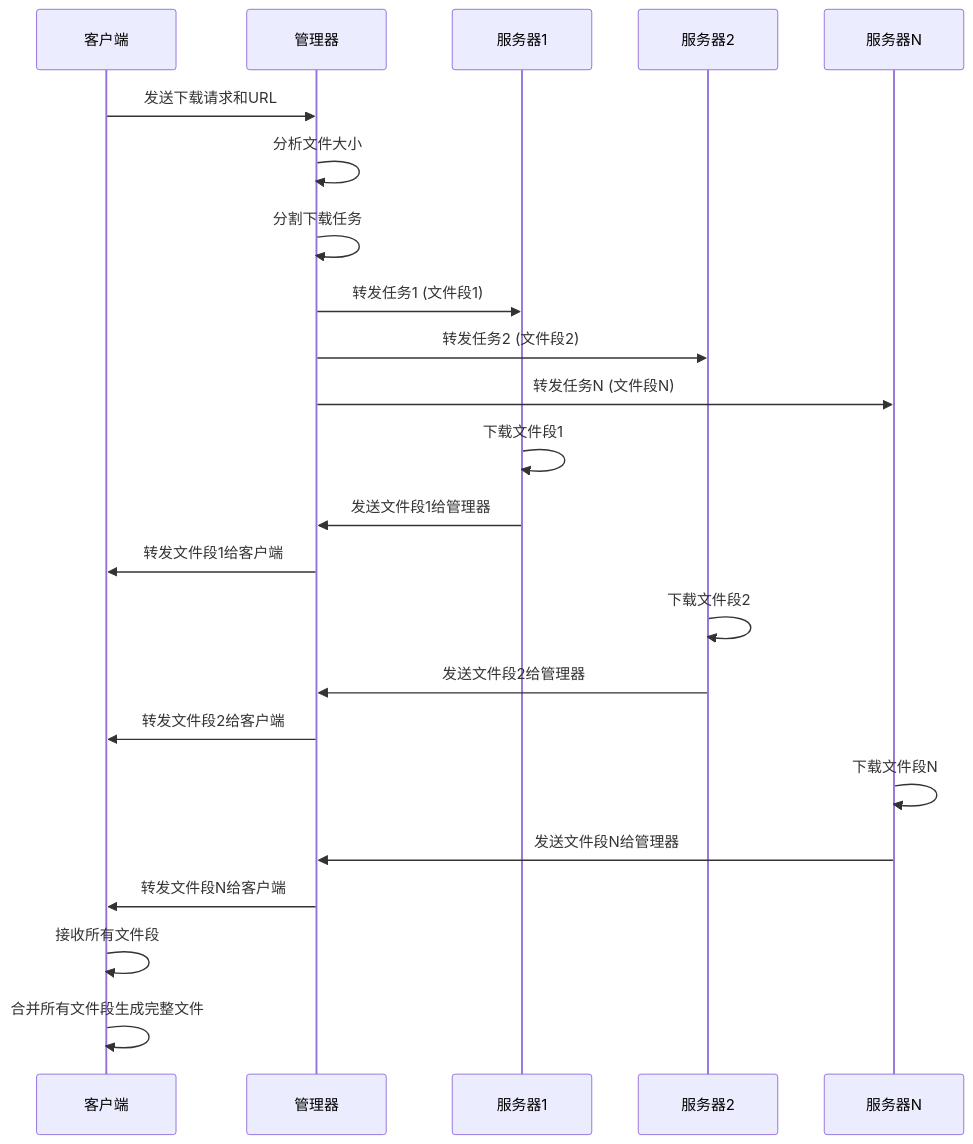
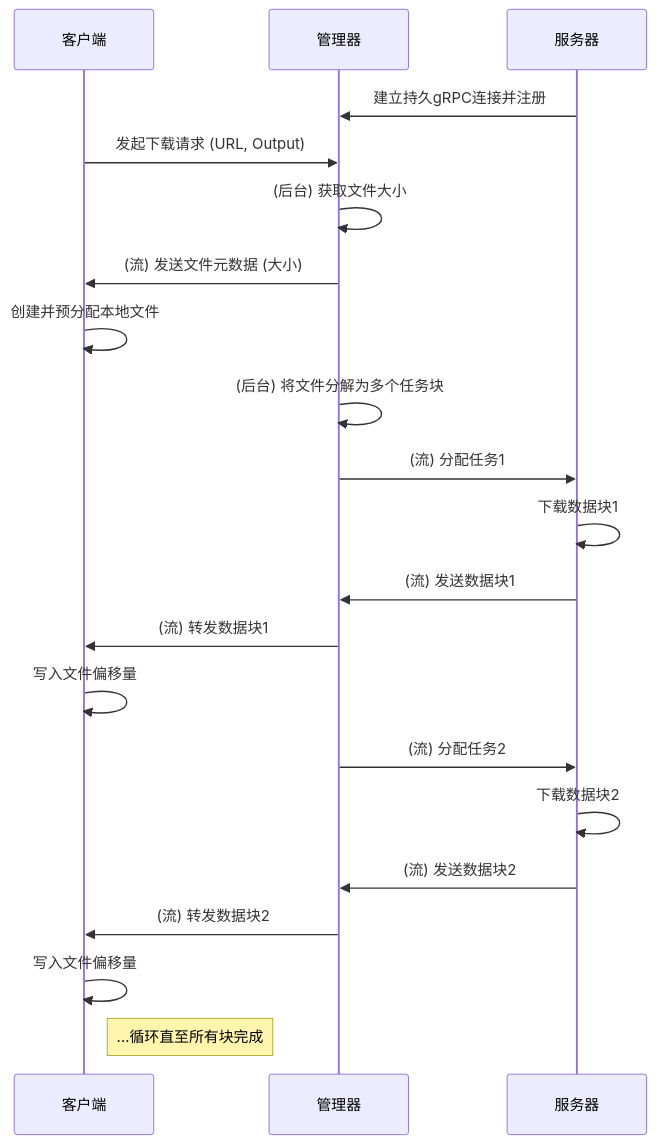
One commit to mailbyms/distributed-downloader changed the diagram in README.md. Above: the diagram before and after it, drawn with Mermaid. The commit also changed other lines of this file and 41 other files, not shown here.

````diff
--- a/README.md
+++ b/README.md
@@ -46,30 +45,24 @@
 ```mermaid
 sequenceDiagram
     participant C as 客户端
     participant M as 管理器
-    participant S1 as 服务器1
-    participant S2 as 服务器2
-    participant S3 as 服务器N
+    participant S as 服务器
 
-    C->>M: 发送下载请求和URL
-    M->>M: 分析文件大小
-    M->>M: 分割下载任务
-    M->>S1: 转发任务1 (文件段1)
-    M->>S2: 转发任务2 (文件段2)
-    M->>S3: 转发任务N (文件段N)
-
-    S1->>S1: 下载文件段1
-    S1->>M: 发送文件段1给管理器
-    M->>C: 转发文件段1给客户端
-
-    S2->>S2: 下载文件段2
-    S2->>M: 发送文件段2给管理器
-    M->>C: 转发文件段2给客户端
-
-    S3->>S3: 下载文件段N
-    S3->>M: 发送文件段N给管理器
-    M->>C: 转发文件段N给客户端
-
-    C->>C: 接收所有文件段
-    C->>C: 合并所有文件段生成完整文件
+    S->>M: 建立持久gRPC连接并注册
+    C->>M: 发起下载请求 (URL, Output)
+    M->>M: (后台) 获取文件大小
+    M->>C: (流) 发送文件元数据 (大小)
+    C->>C: 创建并预分配本地文件
+    M->>M: (后台) 将文件分解为多个任务块
+    M->>S: (流) 分配任务1
+    S->>S: 下载数据块1
+    S->>M: (流) 发送数据块1
+    M->>C: (流) 转发数据块1
+    C->>C: 写入文件偏移量
+    M->>S: (流) 分配任务2
+    S->>S: 下载数据块2
+    S->>M: (流) 发送数据块2
+    M->>C: (流) 转发数据块2
+    C->>C: 写入文件偏移量
+    Note right of C: ...循环直至所有块完成
 ```
````
